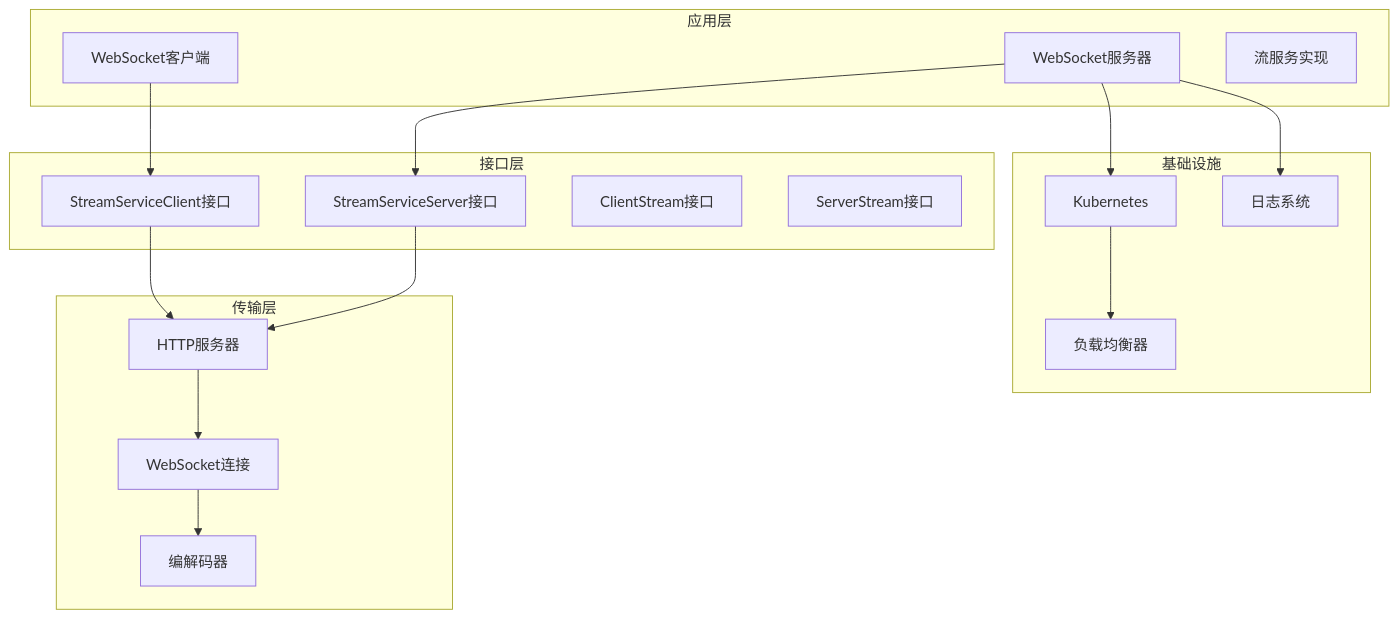
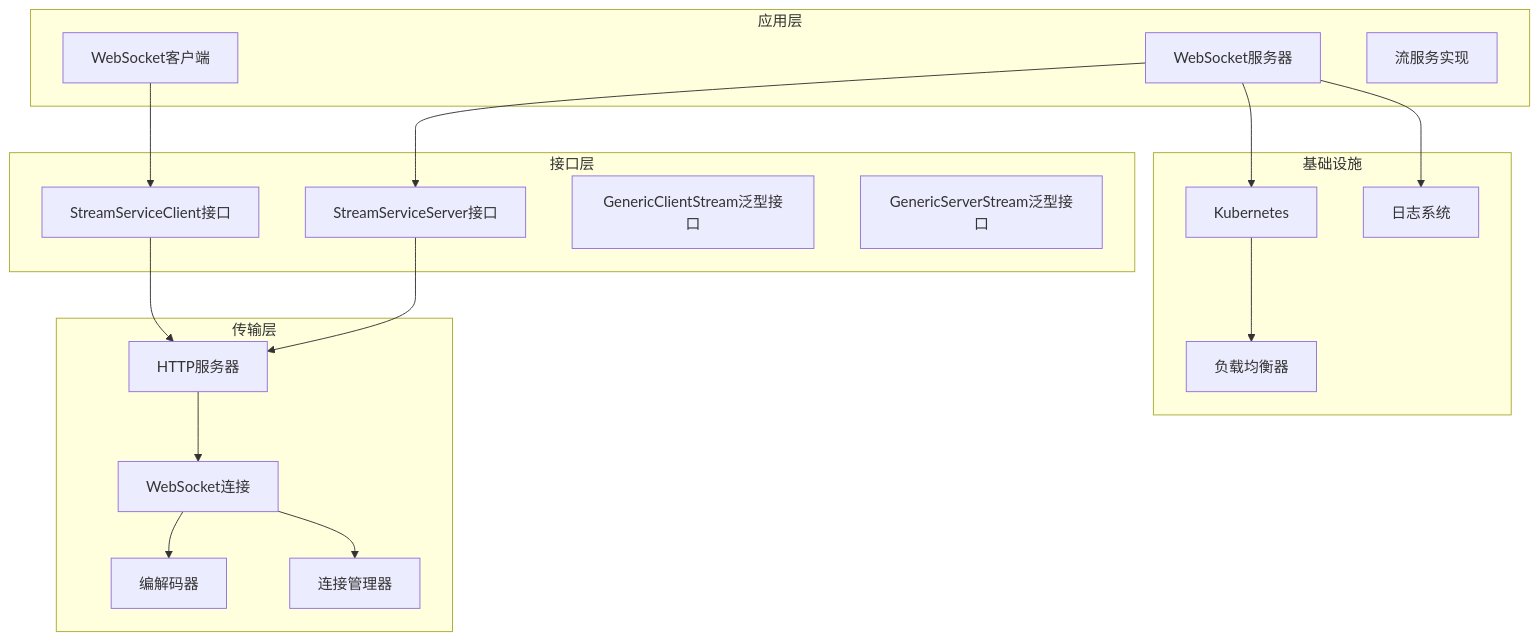
The fifth of 15 diagrams in .agents/repowiki/zh/content/示例和最佳实践/WebSocket流式系统.md (soyacen/goose), drawn with Mermaid before and after one commit. The commit also changed other lines of this file and 7 other files, not shown here.

First line of the commit message:
Refactor WebSocket client and server stream handling

````diff
--- a/.agents/repowiki/zh/content/示例和最佳实践/WebSocket流式系统.md
+++ b/.agents/repowiki/zh/content/示例和最佳实践/WebSocket流式系统.md
@@ -242,33 +261,35 @@
 ```mermaid
 graph TB
 subgraph "应用层"
 Client[WebSocket客户端]
 Server[WebSocket服务器]
 Service[流服务实现]
 end
 subgraph "接口层"
 StreamServiceClient[StreamServiceClient接口]
 StreamServiceServer[StreamServiceServer接口]
-ClientStream[ClientStream接口]
-ServerStream[ServerStream接口]
+GenericClientStream[GenericClientStream泛型接口]
+GenericServerStream[GenericServerStream泛型接口]
 end
 subgraph "传输层"
 HTTP[HTTP服务器]
 WS[WebSocket连接]
 Codec[编解码器]
+Conn[连接管理器]
 end
 subgraph "基础设施"
 K8s[Kubernetes]
 LB[负载均衡器]
 Log[日志系统]
 end
 Client --> StreamServiceClient
 Server --> StreamServiceServer
 StreamServiceClient --> HTTP
 StreamServiceServer --> HTTP
 HTTP --> WS
 WS --> Codec
+WS --> Conn
 Server --> K8s
 K8s --> LB
 Server --> Log
 ```
````
